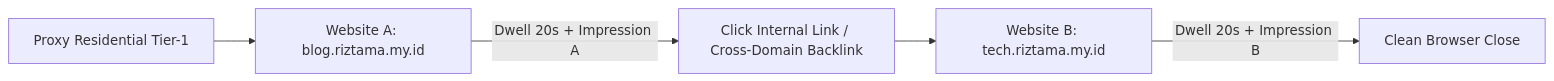
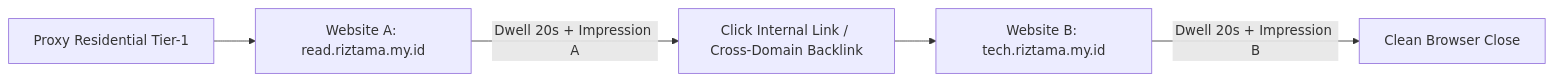
Before and after one commit to amalinars/blogger: the diagram in docs/traffic.md, drawn with Mermaid. The commit also changed other lines of this file and 16 other files, not shown here.

````diff
--- a/docs/traffic.md
+++ b/docs/traffic.md
@@ -105,7 +105,7 @@
 ```mermaid
 graph LR
-    P[Proxy Residential Tier-1] --> WA[Website A: blog.riztama.my.id]
+    P[Proxy Residential Tier-1] --> WA[Website A: read.riztama.my.id]
     WA -->|Dwell 20s + Impression A| L[Click Internal Link / Cross-Domain Backlink]
     L --> WB[Website B: tech.riztama.my.id]
     WB -->|Dwell 20s + Impression B| END[Clean Browser Close]
 ```
````
